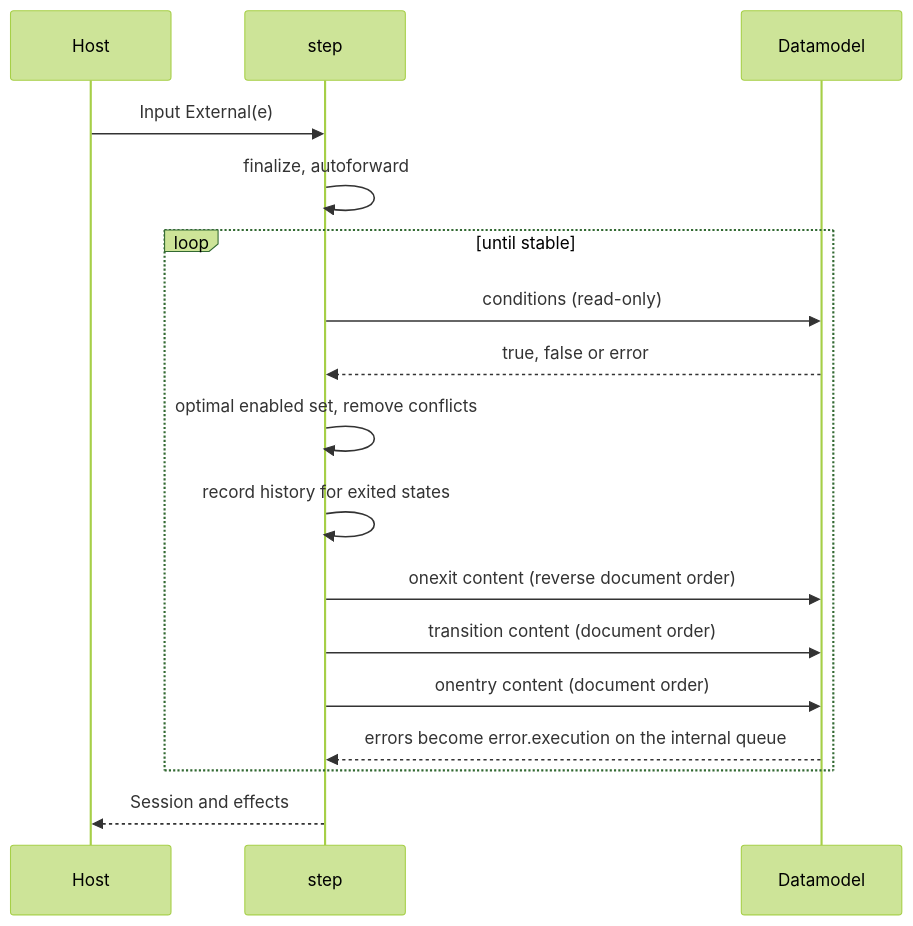
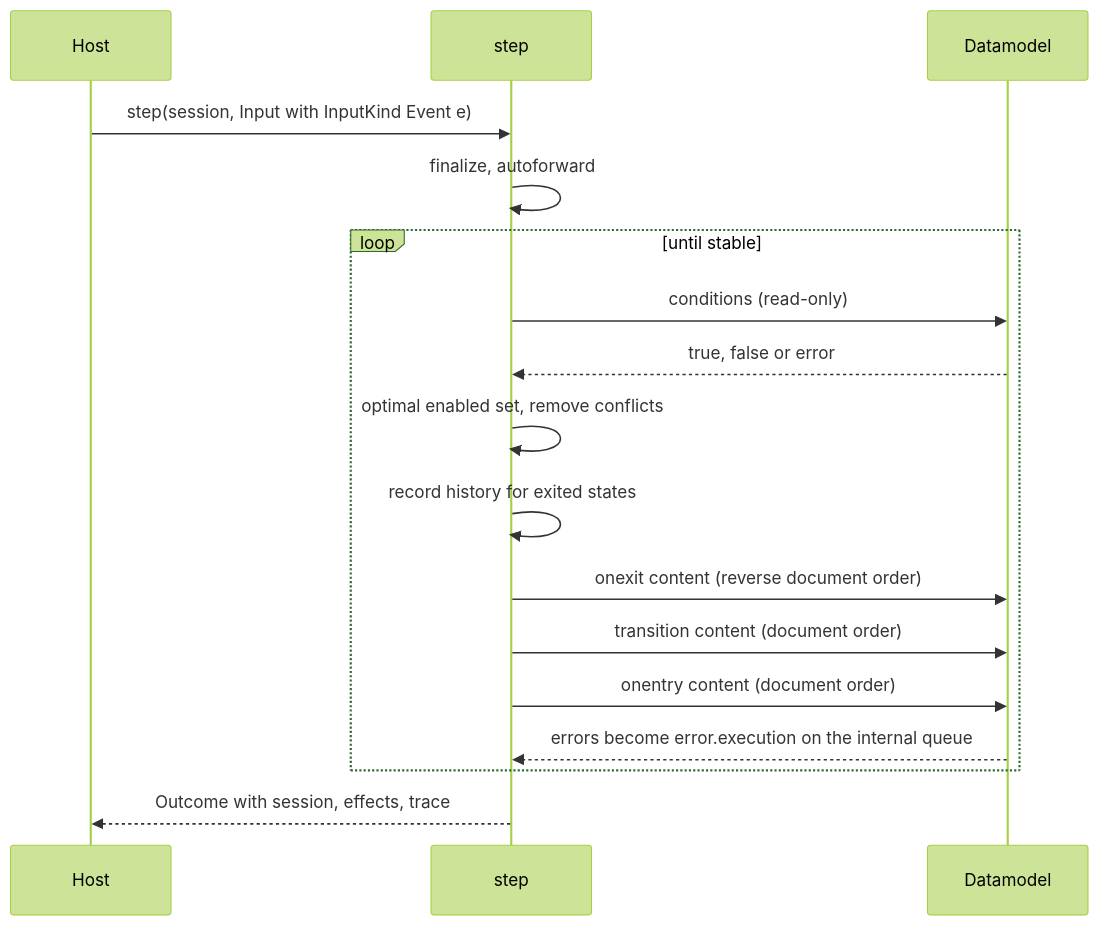
One commit to Volland/vertep changed the sixth of 10 diagrams in tg.md/views/statecharts.md. Above: the diagram before and after it, drawn with Mermaid (forest theme). The commit also changed other lines of this file and 9 other files, not shown here.

First line of the commit message:
Bring the architecture views in line with the code

````diff
--- a/tg.md/views/statecharts.md
+++ b/tg.md/views/statecharts.md
@@ -289,19 +305,19 @@
 ```mermaid
 sequenceDiagram
     participant H as Host
     participant S as step
     participant D as Datamodel
-    H->>S: Input External(e)
+    H->>S: step(session, Input with InputKind Event e)
     S->>S: finalize, autoforward
     loop until stable
         S->>D: conditions (read-only)
         D-->>S: true, false or error
         S->>S: optimal enabled set, remove conflicts
         S->>S: record history for exited states
         S->>D: onexit content (reverse document order)
         S->>D: transition content (document order)
         S->>D: onentry content (document order)
         D-->>S: errors become error.execution on the internal queue
     end
-    S-->>H: Session and effects
+    S-->>H: Outcome with session, effects, trace
 ```
````
